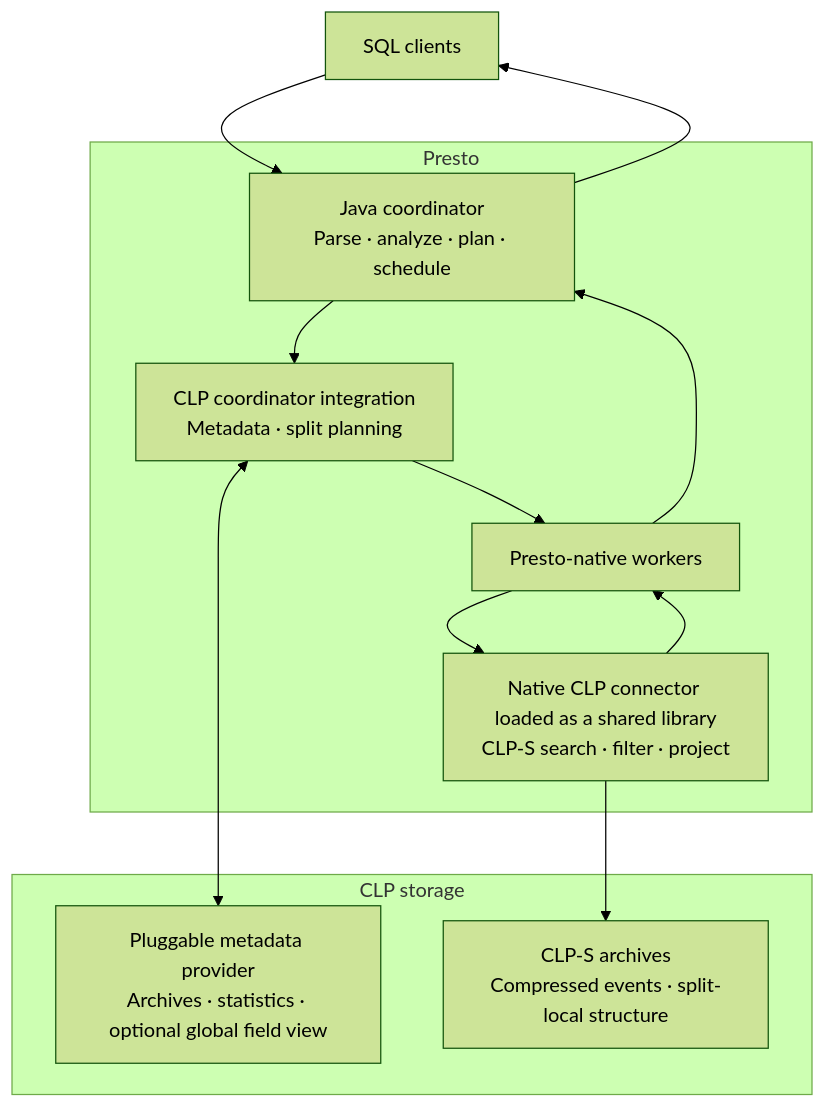
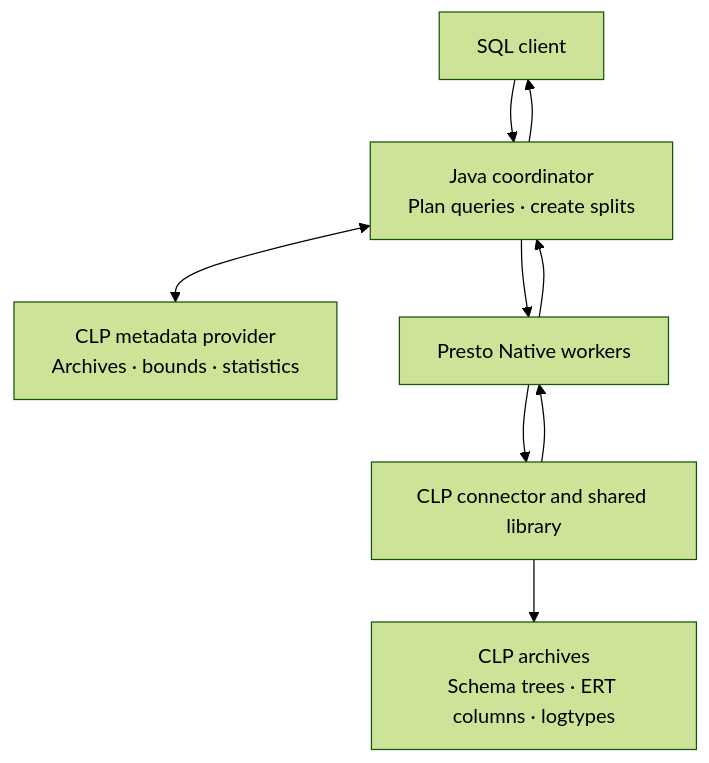
The diagram in presto-blog/presto-clp-draft.md (y-scope/presto-blogs-collab), drawn with Mermaid (forest theme) before and after one commit. The commit also changed other lines of this file and 2 other files, not shown here.

First line of the commit message:
docs: Refine CLP connector blog narrative.

```diff
--- a/presto-blog/presto-clp-draft.md
+++ b/presto-blog/presto-clp-draft.md
@@ -51,26 +105,18 @@
 ~~~mermaid
 flowchart TB
-    user["SQL clients"]
+    client["SQL client"]
+    coordinator["Java coordinator<br/>Plan queries · create splits"]
+    metadata["CLP metadata provider<br/>Archives · bounds · statistics"]
+    workers["Presto Native workers"]
+    plugin["CLP connector and shared library"]
+    archives["CLP archives<br/>Schema trees · ERT columns · logtypes"]
 
-    subgraph presto["Presto"]
-        coordinator["Java coordinator<br/>Parse · analyze · plan · schedule"]
-        coordPlugin["CLP coordinator integration<br/>Metadata · split planning"]
-        worker["Presto-native workers"]
-        nativePlugin["Native CLP connector loaded as a shared library<br/>CLP-S search · filter · project"]
-    end
-
-    subgraph storage["CLP storage"]
-        metadata["Pluggable metadata provider<br/>Archives · statistics · optional global field view"]
-        archives["CLP-S archives<br/>Compressed events · split-local structure"]
-    end
-
-    user --> coordinator
-    coordinator --> coordPlugin
-    coordPlugin <--> metadata
-    coordPlugin --> worker
-    worker --> nativePlugin
-    nativePlugin --> archives
-    nativePlugin --> worker
-    worker --> coordinator
-    coordinator --> user
+    client --> coordinator
+    coordinator <--> metadata
+    coordinator --> workers
+    workers --> plugin
+    plugin --> archives
+    plugin --> workers
+    workers --> coordinator
+    coordinator --> client
 ~~~
```
